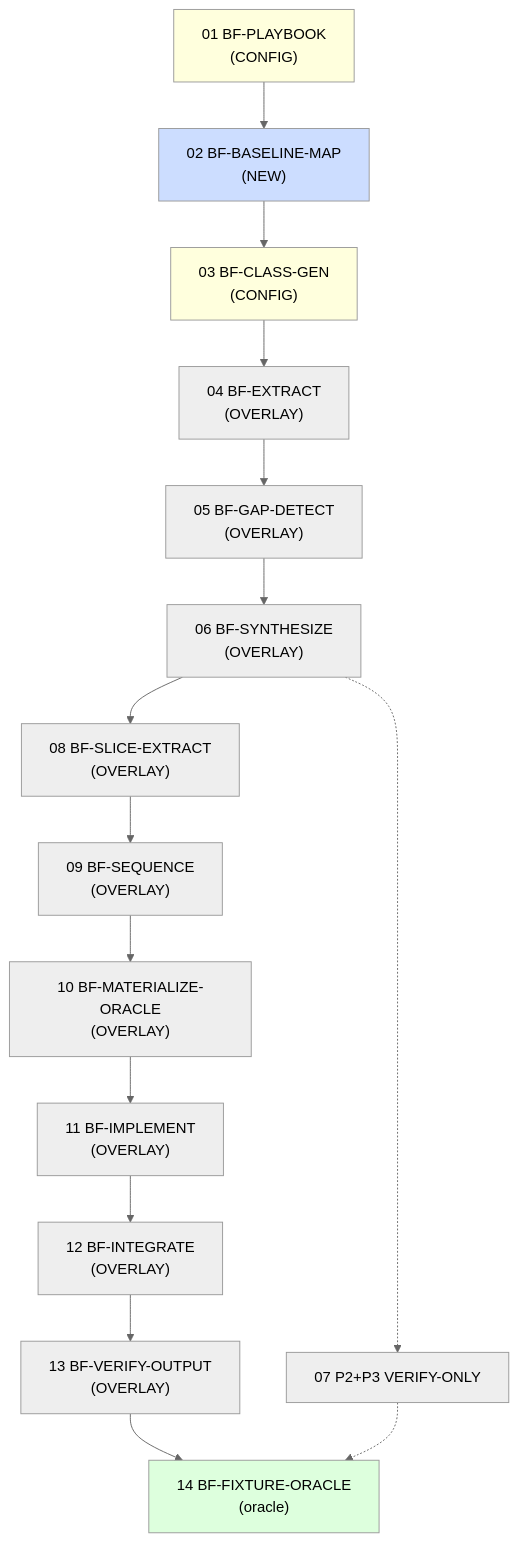
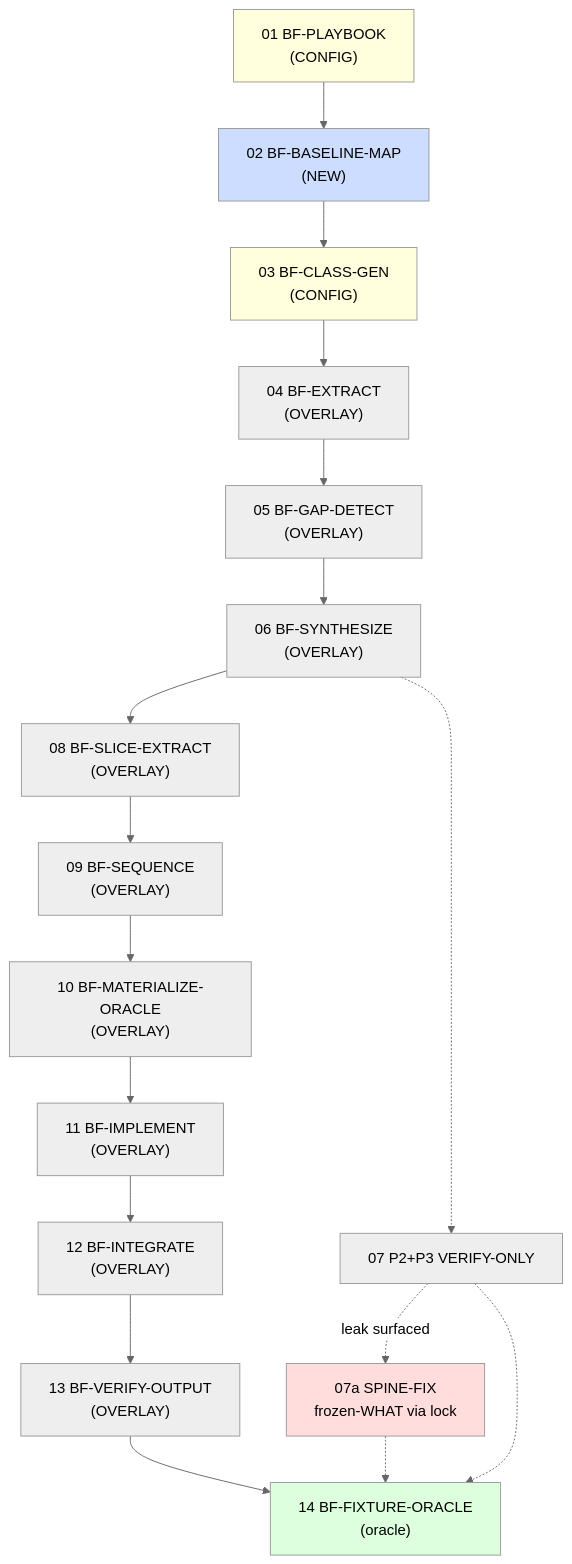
One commit to iiezhachenko/agentic-delivery-system changed the diagram in _brownfield-feature/02_tasks/00_INDEX.md. Above: the diagram before and after it, drawn with Mermaid (neutral theme). The commit also changed other lines of this file and 2 other files, not shown here.

Commit message:
Implement SPINE-FIX to resolve frozen-WHAT input binding
- Introduced a new task to address a spine defect identified during Task 07, where Phase-2 and Phase-3 roles incorrectly bind their frozen-WHAT input to a hardcoded path instead of resolving it through `aprd.lock.artifact`.
- Rewrote the input binding for 13 roles to ensure they reference the correct frozen artifact, maintaining class-agnostic behavior and preserving the REUSE posture.
- Added a version-mismatch guard to prevent silent failures and ensure that the correct version of the artifact is utilized.
- Validated the fix with both feature-add and greenfield scenarios to confirm that the changes do not disrupt existing functionality and that the defect is resolved.

````diff
--- a/_brownfield-feature/02_tasks/00_INDEX.md
+++ b/_brownfield-feature/02_tasks/00_INDEX.md
@@ -37,27 +39,31 @@
 ```mermaid
 flowchart TD
     PB["01 BF-PLAYBOOK<br/>(CONFIG)"]
     BM["02 BF-BASELINE-MAP<br/>(NEW)"]
     CG["03 BF-CLASS-GEN<br/>(CONFIG)"]
     EX["04 BF-EXTRACT<br/>(OVERLAY)"]
     GD["05 BF-GAP-DETECT<br/>(OVERLAY)"]
     SY["06 BF-SYNTHESIZE<br/>(OVERLAY)"]
     P23["07 P2+P3 VERIFY-ONLY"]
+    SF["07a SPINE-FIX<br/>frozen-WHAT via lock"]
     SE["08 BF-SLICE-EXTRACT<br/>(OVERLAY)"]
     SQ["09 BF-SEQUENCE<br/>(OVERLAY)"]
     MO["10 BF-MATERIALIZE-ORACLE<br/>(OVERLAY)"]
     IM["11 BF-IMPLEMENT<br/>(OVERLAY)"]
     IN["12 BF-INTEGRATE<br/>(OVERLAY)"]
     VO["13 BF-VERIFY-OUTPUT<br/>(OVERLAY)"]
     FX["14 BF-FIXTURE-ORACLE<br/>(oracle)"]
 
     PB --> BM --> CG --> EX --> GD --> SY
     SY --> SE --> SQ
     SY -.-> P23
+    P23 -.->|leak surfaced| SF
     SQ --> MO --> IM --> IN --> VO --> FX
+    SF -.-> FX
     P23 -.-> FX
+    style SF fill:#fdd
     style BM fill:#cdf
     style PB fill:#ffd
     style CG fill:#ffd
     style FX fill:#dfd
 ```
````
